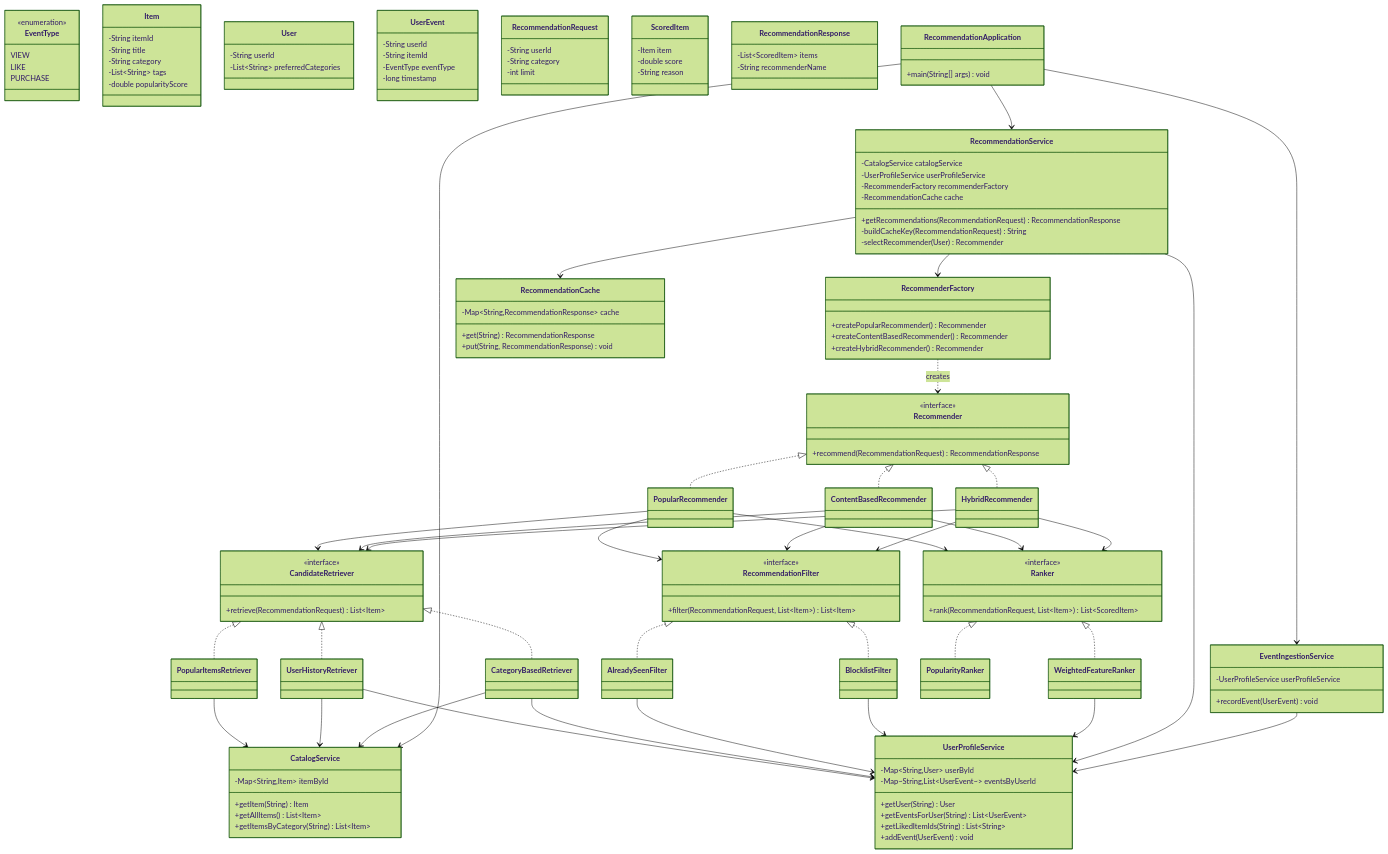
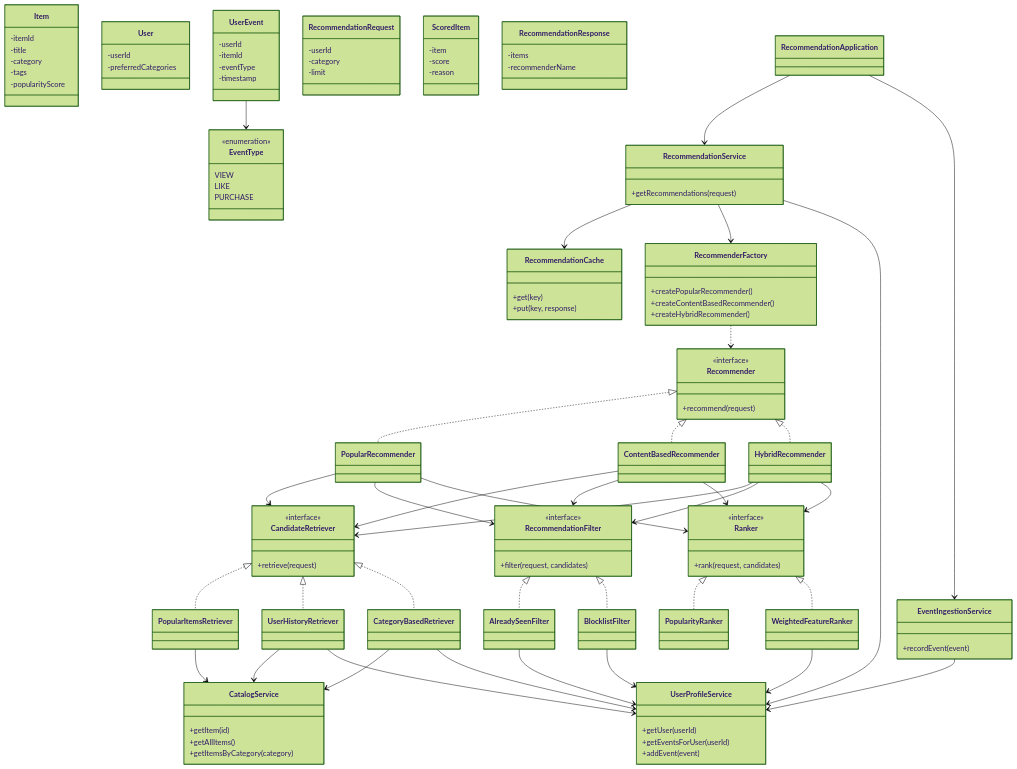
Before and after one commit to basudev1212/lld-problems: the first of 3 diagrams in recommendationservice/DESIGN.md, drawn with Mermaid (forest theme). The commit also changed other lines of this file, not shown here.

Commit message:
modified the design for the recommendation service

````diff
--- a/recommendationservice/DESIGN.md
+++ b/recommendationservice/DESIGN.md
@@ -236,5 +270,28 @@
 ```mermaid
 classDiagram
+    direction TB
+
+  %% ── Data models ──
+    class Item {
+        -itemId
+        -title
+        -category
+        -tags
+        -popularityScore
+    }
+
+    class User {
+        -userId
+        -preferredCategories
+    }
+
+    class UserEvent {
+        -userId
+        -itemId
+        -eventType
+        -timestamp
+    }
+
     class EventType {
         <<enumeration>>
         VIEW
@@ -242,123 +299,97 @@
         PURCHASE
     }
 
-    class Item {
-        -String itemId
-        -String title
-        -String category
-        -List~String~ tags
-        -double popularityScore
-    }
-
-    class User {
-        -String userId
-        -List~String~ preferredCategories
-    }
-
-    class UserEvent {
-        -String userId
-        -String itemId
-        -EventType eventType
-        -long timestamp
-    }
-
     class RecommendationRequest {
-        -String userId
-        -String category
-        -int limit
+        -userId
+        -category
+        -limit
     }
 
     class ScoredItem {
-        -Item item
-        -double score
-        -String reason
+        -item
+        -score
+        -reason
     }
 
     class RecommendationResponse {
-        -List~ScoredItem~ items
-        -String recommenderName
+        -items
+        -recommenderName
     }
 
+  %% ── Data services ──
     class CatalogService {
-        -Map~String,Item~ itemById
-        +getItem(String) Item
-        +getAllItems() List~Item~
-        +getItemsByCategory(String) List~Item~
+        +getItem(id)
+        +getAllItems()
+        +getItemsByCategory(category)
     }
 
     class UserProfileService {
-        -Map~String,User~ userById
-        -Map~String,List~UserEvent~~ eventsByUserId
-        +getUser(String) User
-        +getEventsForUser(String) List~UserEvent~
-        +getLikedItemIds(String) List~String~
-        +addEvent(UserEvent) void
+        +getUser(userId)
+        +getEventsForUser(userId)
+        +addEvent(event)
     }
 
     class EventIngestionService {
-        -UserProfileService userProfileService
-        +recordEvent(UserEvent) void
+        +recordEvent(event)
     }
 
+  %% ── Pipeline (interfaces) ──
     class CandidateRetriever {
         <<interface>>
-        +retrieve(RecommendationRequest) List~Item~
+        +retrieve(request)
     }
 
+    class RecommendationFilter {
+        <<interface>>
+        +filter(request, candidates)
+    }
+
+    class Ranker {
+        <<interface>>
+        +rank(request, candidates)
+    }
+
+  %% ── Pipeline (implementations) ──
     class PopularItemsRetriever
     class UserHistoryRetriever
     class CategoryBasedRetriever
 
-    class RecommendationFilter {
-        <<interface>>
-        +filter(RecommendationRequest, List~Item~) List~Item~
-    }
-
     class AlreadySeenFilter
     class BlocklistFilter
-
-    class Ranker {
-        <<interface>>
-        +rank(RecommendationRequest, List~Item~) List~ScoredItem~
-    }
 
     class PopularityRanker
     class WeightedFeatureRanker
 
+  %% ── Recommenders ──
     class Recommender {
         <<interface>>
-        +recommend(RecommendationRequest) RecommendationResponse
+        +recommend(request)
     }
 
     class PopularRecommender
     class ContentBasedRecommender
     class HybridRecommender
 
+  %% ── Orchestration ──
     class RecommenderFactory {
-        +createPopularRecommender() Recommender
-        +createContentBasedRecommender() Recommender
-        +createHybridRecommender() Recommender
+        +createPopularRecommender()
+        +createContentBasedRecommender()
+        +createHybridRecommender()
     }
 
     class RecommendationCache {
-        -Map~String,RecommendationResponse~ cache
-        +get(String) RecommendationResponse
-        +put(String, RecommendationResponse) void
+        +get(key)
+        +put(key, response)
     }
 
     class RecommendationService {
-        -CatalogService catalogService
-        -UserProfileService userProfileService
-        -RecommenderFactory recommenderFactory
-        -RecommendationCache cache
-        +getRecommendations(RecommendationRequest) RecommendationResponse
-        -buildCacheKey(RecommendationRequest) String
-        -selectRecommender(User) Recommender
+        +getRecommendations(request)
     }
 
-    class RecommendationApplication {
-        +main(String[] args) void
-    }
+    class RecommendationApplication
+
+  %% ── Relationships ──
+    UserEvent --> EventType
 
     CandidateRetriever <|.. PopularItemsRetriever
     CandidateRetriever <|.. UserHistoryRetriever
@@ -394,17 +425,15 @@
 
     AlreadySeenFilter --> UserProfileService
     BlocklistFilter --> UserProfileService
-
     WeightedFeatureRanker --> UserProfileService
 
-    RecommenderFactory ..> Recommender : creates
+    EventIngestionService --> UserProfileService
+
+    RecommenderFactory ..> Recommender
     RecommendationService --> RecommendationCache
     RecommendationService --> RecommenderFactory
     RecommendationService --> UserProfileService
 
-    EventIngestionService --> UserProfileService
-
     RecommendationApplication --> RecommendationService
     RecommendationApplication --> EventIngestionService
-    RecommendationApplication --> CatalogService
 ```
````
